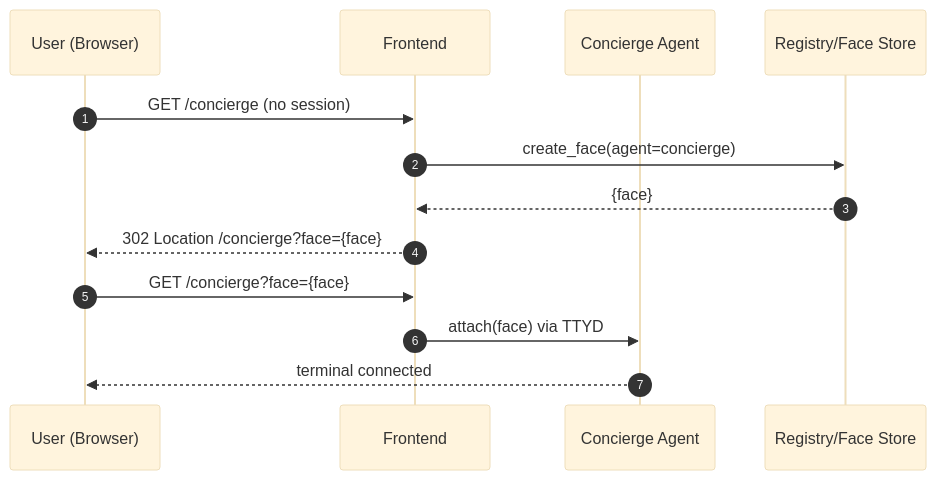
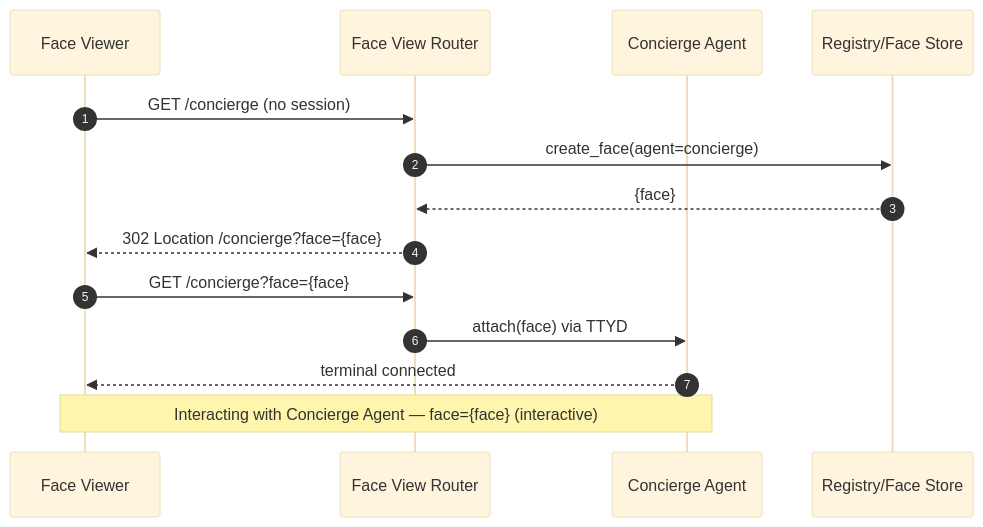
The fifth of 6 diagrams in design/docs/USER-FLOW.md (dreamcatcher-tech/artifact-codex), drawn with Mermaid (base theme) before and after one commit. The commit also changed other lines of this file and 17 other files, not shown here.

Commit message:
face router

````diff
--- a/design/docs/USER-FLOW.md
+++ b/design/docs/USER-FLOW.md
@@ -215,15 +227,16 @@
 ```mermaid
 sequenceDiagram
   autonumber
-  participant U as User (Browser)
-  participant F as Frontend
+  participant U as Face Viewer
+  participant FVR as Face View Router
   participant C as Concierge Agent
   participant R as Registry/Face Store
-  U->>F: GET /concierge (no session)
-  F->>R: create_face(agent=concierge)
-  R-->>F: {face}
-  F-->>U: 302 Location /concierge?face={face}
-  U->>F: GET /concierge?face={face}
-  F->>C: attach(face) via TTYD
+  U->>FVR: GET /concierge (no session)
+  FVR->>R: create_face(agent=concierge)
+  R-->>FVR: {face}
+  FVR-->>U: 302 Location /concierge?face={face}
+  U->>FVR: GET /concierge?face={face}
+  FVR->>C: attach(face) via TTYD
   C-->>U: terminal connected
+  Note over U,C: Interacting with Concierge Agent — face={face} (interactive)
 ```
````
